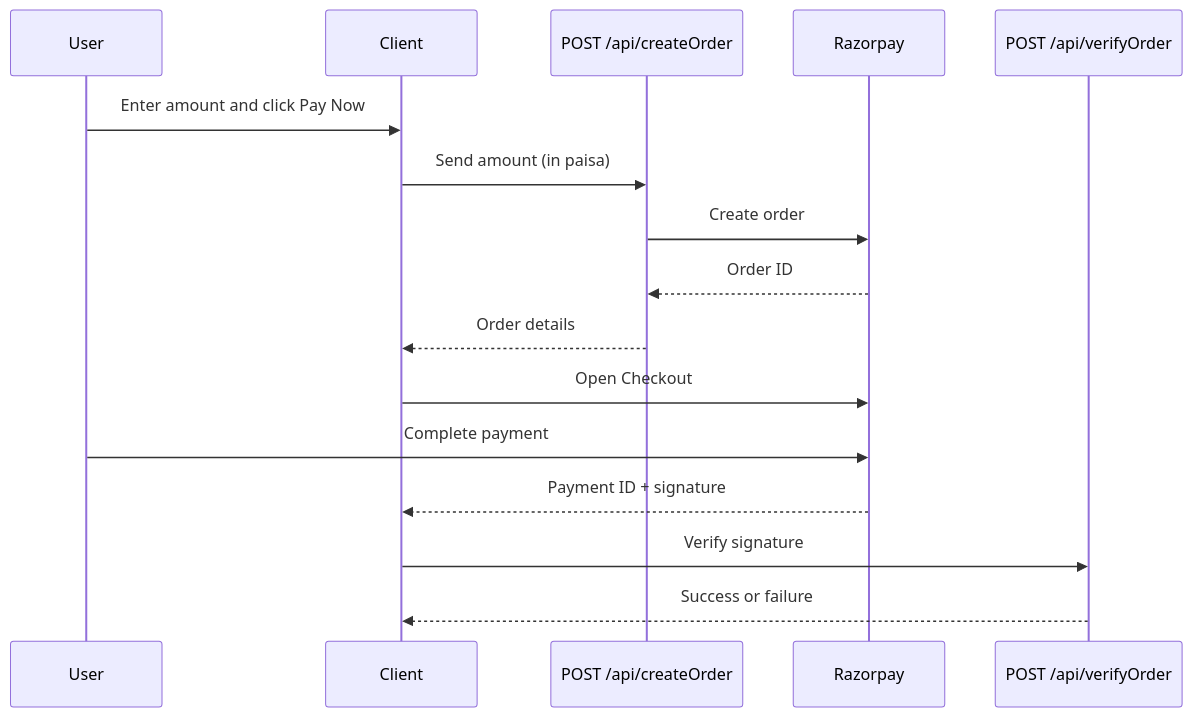
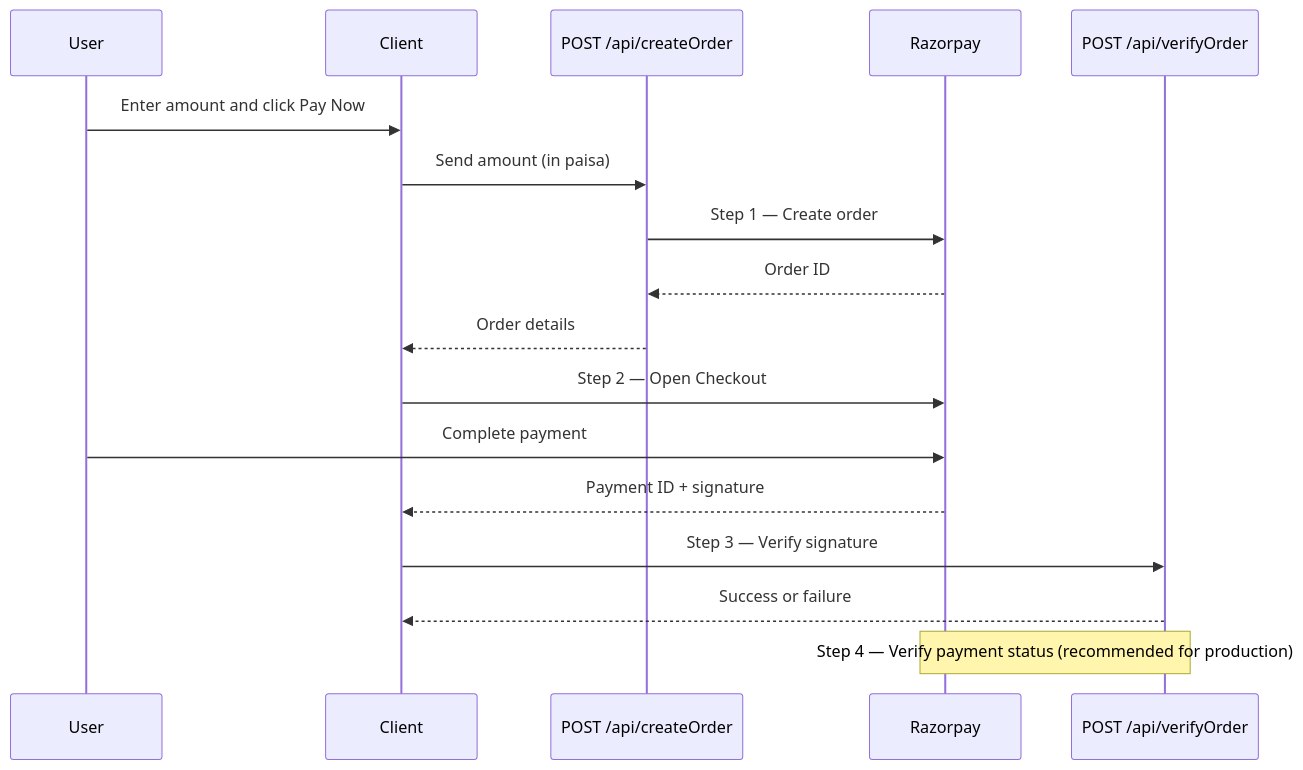
One commit to abhishekmardiya/nextjs-razorpay-integration changed the diagram in README.md. Above: the diagram before and after it, drawn with Mermaid. The commit also changed other lines of this file and 10 other files, not shown here.

````diff
--- a/README.md
+++ b/README.md
@@ -58,19 +79,20 @@
 ```mermaid
 sequenceDiagram
   participant User
   participant Client
   participant CreateOrder as POST /api/createOrder
   participant Razorpay
   participant VerifyOrder as POST /api/verifyOrder
 
   User->>Client: Enter amount and click Pay Now
   Client->>CreateOrder: Send amount (in paisa)
-  CreateOrder->>Razorpay: Create order
+  CreateOrder->>Razorpay: Step 1 — Create order
   Razorpay-->>CreateOrder: Order ID
   CreateOrder-->>Client: Order details
-  Client->>Razorpay: Open Checkout
+  Client->>Razorpay: Step 2 — Open Checkout
   User->>Razorpay: Complete payment
   Razorpay-->>Client: Payment ID + signature
-  Client->>VerifyOrder: Verify signature
+  Client->>VerifyOrder: Step 3 — Verify signature
   VerifyOrder-->>Client: Success or failure
+  Note over VerifyOrder,Razorpay: Step 4 — Verify payment status (recommended for production)
 ```
````
